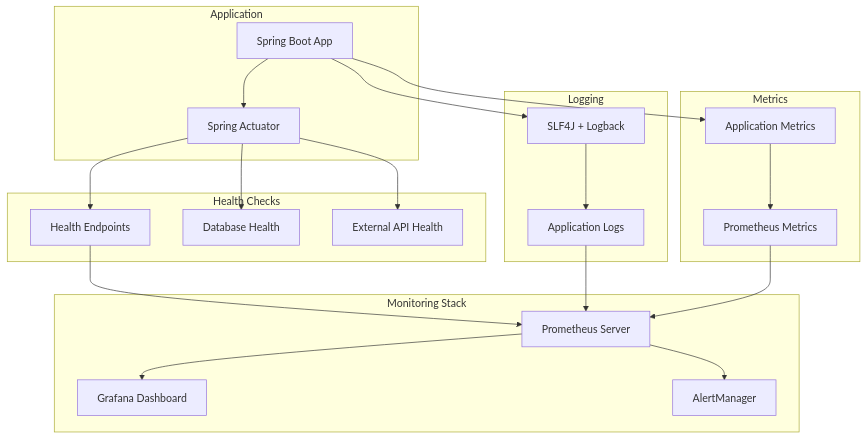
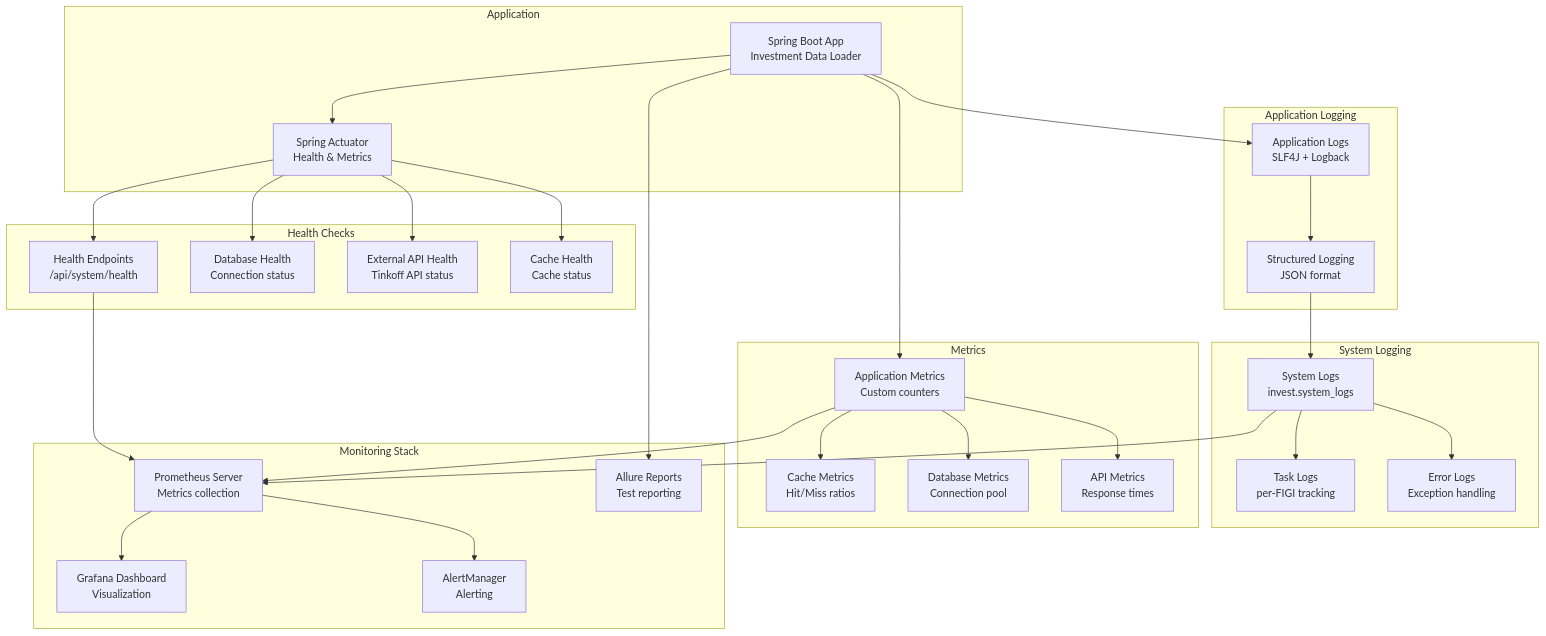
The seventh of 8 diagrams in docs/diagrams/architecture.md (Vasilek1993111/InvestmentDataLoaderService), drawn with Mermaid before and after one commit. The commit also changed other lines of this file and 19 other files, not shown here.

````diff
--- a/docs/diagrams/architecture.md
+++ b/docs/diagrams/architecture.md
@@ -341,47 +459,66 @@
 ```mermaid
 graph TB
   subgraph "Application"
-    APP[Spring Boot App]
-    ACTUATOR[Spring Actuator]
+    APP[Spring Boot App<br/>Investment Data Loader]
+    ACTUATOR[Spring Actuator<br/>Health & Metrics]
   end
   
-  subgraph "Logging"
-    LOGS[Application Logs]
-    SLF4J[SLF4J + Logback]
+  subgraph "System Logging"
+    SYS_LOGS[System Logs<br/>invest.system_logs]
+    TASK_LOGS[Task Logs<br/>per-FIGI tracking]
+    ERROR_LOGS[Error Logs<br/>Exception handling]
+  end
+  
+  subgraph "Application Logging"
+    APP_LOGS[Application Logs<br/>SLF4J + Logback]
+    STRUCTURED[Structured Logging<br/>JSON format]
   end
   
   subgraph "Metrics"
-    METRICS[Application Metrics]
-    PROMETHEUS[Prometheus Metrics]
+    APP_METRICS[Application Metrics<br/>Custom counters]
+    CACHE_METRICS[Cache Metrics<br/>Hit/Miss ratios]
+    DB_METRICS[Database Metrics<br/>Connection pool]
+    API_METRICS[API Metrics<br/>Response times]
   end
   
   subgraph "Health Checks"
-    HEALTH[Health Endpoints]
-    DB_CHECK[Database Health]
-    API_CHECK[External API Health]
+    HEALTH[Health Endpoints<br/>/api/system/health]
+    DB_CHECK[Database Health<br/>Connection status]
+    API_CHECK[External API Health<br/>Tinkoff API status]
+    CACHE_CHECK[Cache Health<br/>Cache status]
   end
   
   subgraph "Monitoring Stack"
-    PROMETHEUS_SERVER[Prometheus Server]
-    GRAFANA[Grafana Dashboard]
-    ALERTMANAGER[AlertManager]
+    PROMETHEUS[Prometheus Server<br/>Metrics collection]
+    GRAFANA[Grafana Dashboard<br/>Visualization]
+    ALERTMANAGER[AlertManager<br/>Alerting]
+    ALLURE[Allure Reports<br/>Test reporting]
   end
   
   APP --> ACTUATOR
-  APP --> SLF4J
-  APP --> METRICS
+  APP --> APP_LOGS
+  APP --> APP_METRICS
   
   ACTUATOR --> HEALTH
   ACTUATOR --> DB_CHECK
   ACTUATOR --> API_CHECK
+  ACTUATOR --> CACHE_CHECK
   
-  SLF4J --> LOGS
-  METRICS --> PROMETHEUS
+  APP_LOGS --> STRUCTURED
+  STRUCTURED --> SYS_LOGS
+  SYS_LOGS --> TASK_LOGS
+  SYS_LOGS --> ERROR_LOGS
   
-  HEALTH --> PROMETHEUS_SERVER
-  LOGS --> PROMETHEUS_SERVER
-  PROMETHEUS --> PROMETHEUS_SERVER
+  APP_METRICS --> CACHE_METRICS
+  APP_METRICS --> DB_METRICS
+  APP_METRICS --> API_METRICS
   
-  PROMETHEUS_SERVER --> GRAFANA
-  PROMETHEUS_SERVER --> ALERTMANAGER
+  HEALTH --> PROMETHEUS
+  SYS_LOGS --> PROMETHEUS
+  APP_METRICS --> PROMETHEUS
+  
+  PROMETHEUS --> GRAFANA
+  PROMETHEUS --> ALERTMANAGER
+  
+  APP --> ALLURE
 ```
````
